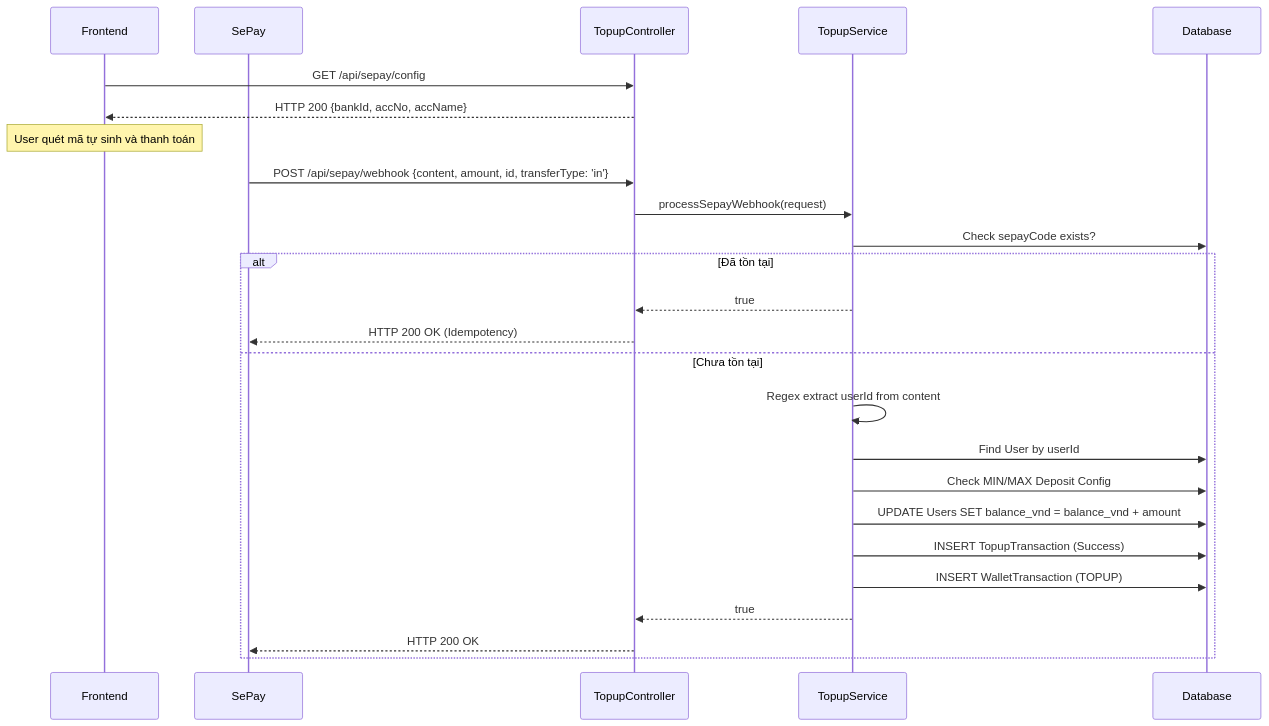
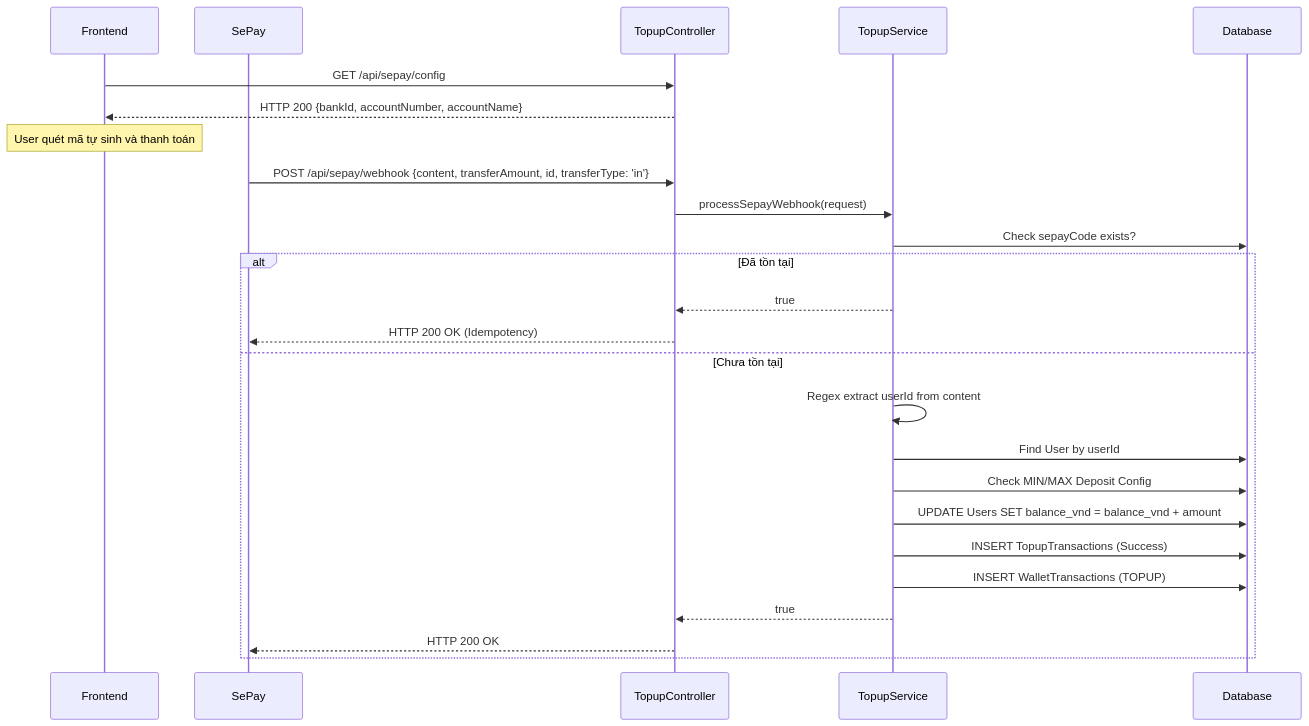
The diagram in MMO_Market/MMO_Market (3)/MMO_Market/.sdd/specs/backend/feat-wallet/UC-07-wallet-topup.md (Vietanh1712/mmo-system), drawn with Mermaid before and after one commit. The commit also changed other lines of this file and 49 other files, not shown here.

````diff
--- a/MMO_Market/MMO_Market (3)/MMO_Market/.sdd/specs/backend/feat-wallet/UC-07-wallet-topup.md
+++ b/MMO_Market/MMO_Market (3)/MMO_Market/.sdd/specs/backend/feat-wallet/UC-07-wallet-topup.md
@@ -87,28 +87,28 @@
 ```mermaid
 sequenceDiagram
     participant FE as Frontend
     participant SC as SePay
     participant TC as TopupController
     participant TS as TopupService
     participant DB as Database
 
     FE->>TC: GET /api/sepay/config
-    TC-->>FE: HTTP 200 {bankId, accNo, accName}
+    TC-->>FE: HTTP 200 {bankId, accountNumber, accountName}
     Note over FE: User quét mã tự sinh và thanh toán
-    SC->>TC: POST /api/sepay/webhook {content, amount, id, transferType: 'in'}
+    SC->>TC: POST /api/sepay/webhook {content, transferAmount, id, transferType: 'in'}
     TC->>TS: processSepayWebhook(request)
     TS->>DB: Check sepayCode exists?
     alt Đã tồn tại
         TS-->>TC: true
         TC-->>SC: HTTP 200 OK (Idempotency)
     else Chưa tồn tại
         TS->>TS: Regex extract userId from content
         TS->>DB: Find User by userId
         TS->>DB: Check MIN/MAX Deposit Config
         TS->>DB: UPDATE Users SET balance_vnd = balance_vnd + amount
-        TS->>DB: INSERT TopupTransaction (Success)
-        TS->>DB: INSERT WalletTransaction (TOPUP)
+        TS->>DB: INSERT TopupTransactions (Success)
+        TS->>DB: INSERT WalletTransactions (TOPUP)
         TS-->>TC: true
         TC-->>SC: HTTP 200 OK
     end
 ```
````
